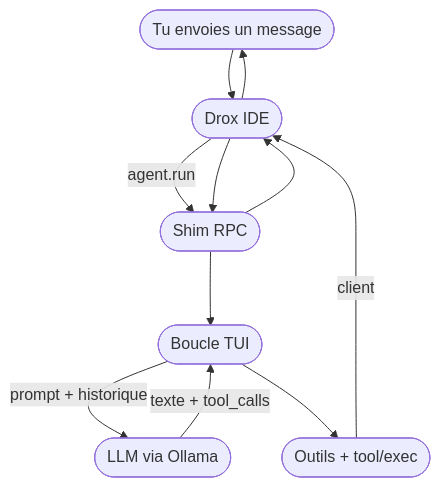
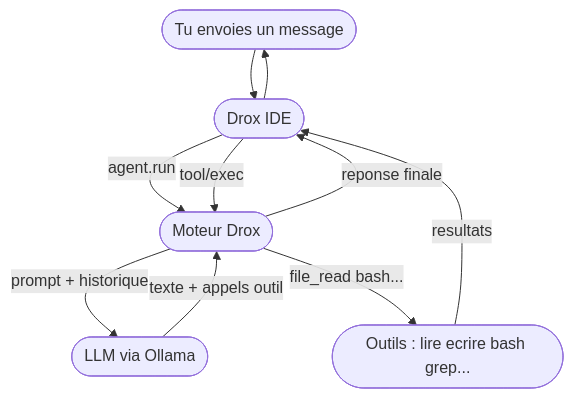
The second of 7 diagrams in README.md (DroxKiwi/Drox---IDE), drawn with Mermaid before and after one commit. The commit also changed other lines of this file and 32 other files, not shown here.

````diff
--- a/README.md
+++ b/README.md
@@ -224,20 +91,18 @@
 ```mermaid
 flowchart TB
   U(["Tu envoies un message"])
   I(["Drox IDE"])
-  S(["Shim RPC"])
-  M(["Boucle TUI"])
+  M(["Moteur Drox"])
   L(["LLM via Ollama"])
-  O(["Outils + tool/exec"])
+  O(["Outils : lire ecrire bash grep..."])
 
   U --> I
-  I -->|agent.run| S
-  S --> M
+  I -->|agent.run| M
   M -->|prompt + historique| L
-  L -->|texte + tool_calls| M
-  M --> O
-  O -->|client| I
-  I --> S
-  S --> I
+  L -->|texte + appels outil| M
+  M -->|file_read bash...| O
+  O -->|resultats| I
+  I -->|tool/exec| M
+  M -->|reponse finale| I
   I --> U
 ```
````
